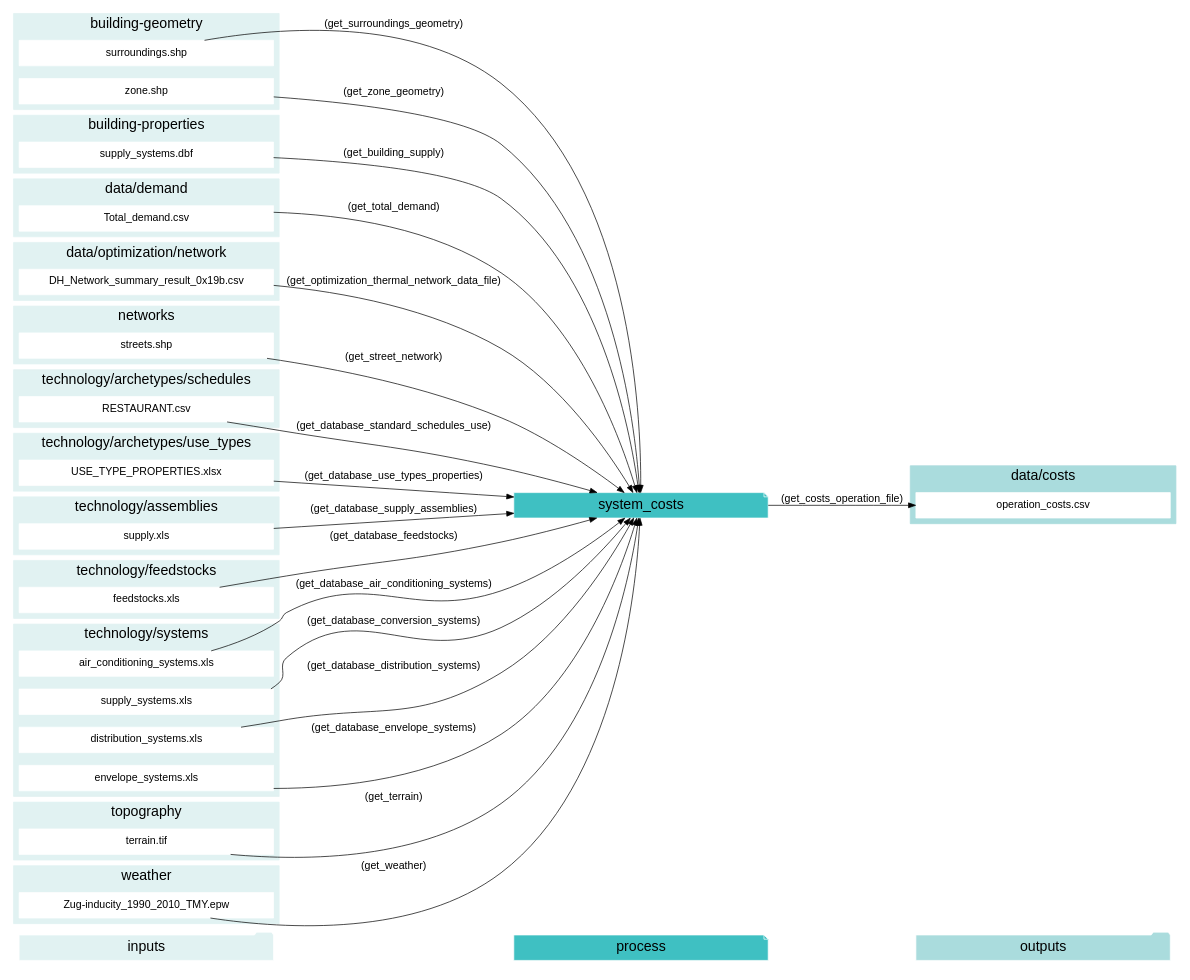
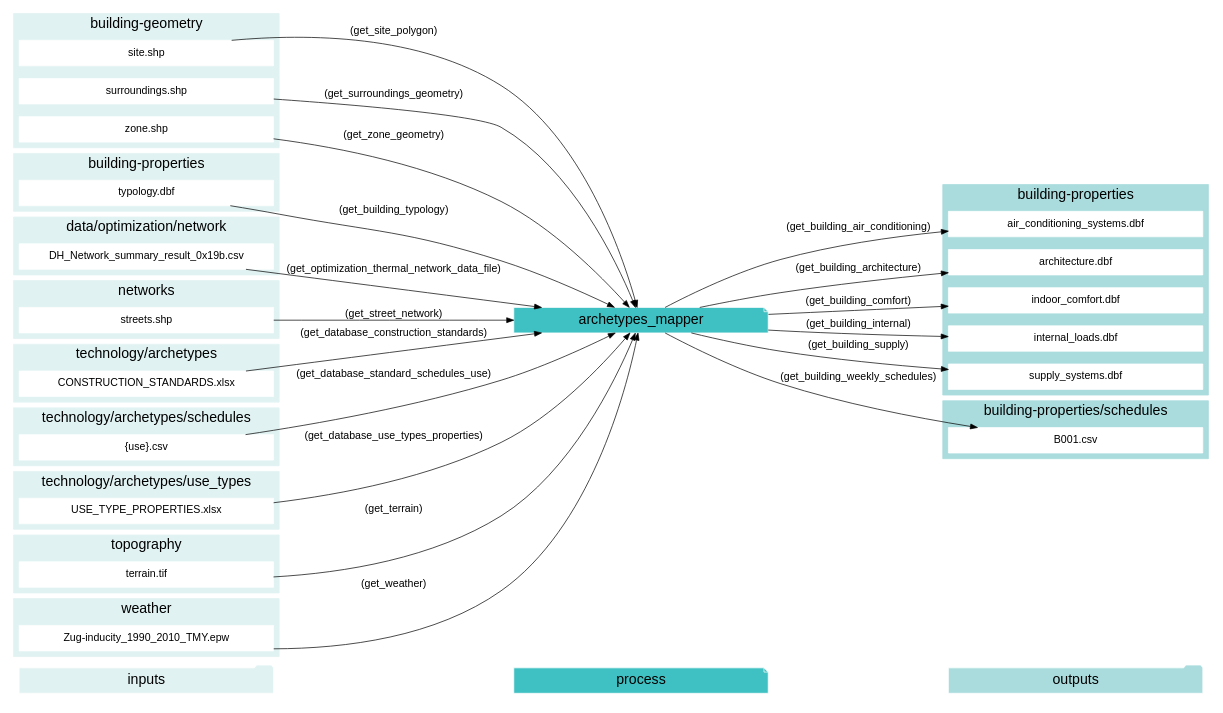
Before and after one commit to architecture-building-systems/CityEnergyAnalyst: the sixth of 23 diagrams in docs/script-data-flow.rst, drawn with Graphviz. The commit also changed other lines of this file and 24 other files, not shown here.

```diff
--- a/docs/script-data-flow.rst
+++ b/docs/script-data-flow.rst
@@ -639,13 +538,14 @@
     "inputs"->"process"[style=invis]
     "process"->"outputs"[style=invis]
     }
-    "system_costs"[style=filled, color=white, fillcolor="#3FC0C2", shape=note, fontsize=20, fontname=arial];
+    "archetypes_mapper"[style=filled, color=white, fillcolor="#3FC0C2", shape=note, fontsize=20, fontname=arial];
     subgraph cluster_0_in {
         style = filled;
         color = "#E1F2F2";
         fontsize = 20;
         rank=same;
         label="building-geometry";
+        "site.shp"
         "surroundings.shp"
         "zone.shp"
     }
@@ -655,6 +555,18 @@
         fontsize = 20;
         rank=same;
         label="building-properties";
+        "typology.dbf"
+    }
+    subgraph cluster_1_out {
+        style = filled;
+        color = "#aadcdd";
+        fontsize = 20;
+        rank=same;
+        label="building-properties";
+        "air_conditioning_systems.dbf"
+        "architecture.dbf"
+        "indoor_comfort.dbf"
+        "internal_loads.dbf"
         "supply_systems.dbf"
     }
     subgraph cluster_2_out {
@@ -662,18 +574,10 @@
         color = "#aadcdd";
         fontsize = 20;
         rank=same;
-        label="data/costs";
-        "operation_costs.csv"
+        label="building-properties/schedules";
+        "B001.csv"
     }
     subgraph cluster_3_in {
-        style = filled;
-        color = "#E1F2F2";
-        fontsize = 20;
-        rank=same;
-        label="data/demand";
-        "Total_demand.csv"
-    }
-    subgraph cluster_4_in {
         style = filled;
         color = "#E1F2F2";
         fontsize = 20;
@@ -681,7 +585,7 @@
         label="data/optimization/network";
         "DH_Network_summary_result_0x19b.csv"
     }
-    subgraph cluster_5_in {
+    subgraph cluster_4_in {
         style = filled;
         color = "#E1F2F2";
         fontsize = 20;
@@ -689,13 +593,21 @@
         label="networks";
         "streets.shp"
     }
+    subgraph cluster_5_in {
+        style = filled;
+        color = "#E1F2F2";
+        fontsize = 20;
+        rank=same;
+        label="technology/archetypes";
+        "CONSTRUCTION_STANDARDS.xlsx"
+    }
     subgraph cluster_6_in {
         style = filled;
         color = "#E1F2F2";
         fontsize = 20;
         rank=same;
         label="technology/archetypes/schedules";
-        "RESTAURANT.csv"
+        "{use}.csv"
     }
     subgraph cluster_7_in {
         style = filled;
@@ -710,37 +622,10 @@
         color = "#E1F2F2";
         fontsize = 20;
         rank=same;
-        label="technology/assemblies";
-        "supply.xls"
-    }
-    subgraph cluster_9_in {
-        style = filled;
-        color = "#E1F2F2";
-        fontsize = 20;
-        rank=same;
-        label="technology/feedstocks";
-        "feedstocks.xls"
-    }
-    subgraph cluster_10_in {
-        style = filled;
-        color = "#E1F2F2";
-        fontsize = 20;
-        rank=same;
-        label="technology/systems";
-        "air_conditioning_systems.xls"
-        "supply_systems.xls"
-        "distribution_systems.xls"
-        "envelope_systems.xls"
-    }
-    subgraph cluster_11_in {
-        style = filled;
-        color = "#E1F2F2";
-        fontsize = 20;
-        rank=same;
         label="topography";
         "terrain.tif"
     }
-    subgraph cluster_12_in {
+    subgraph cluster_9_in {
         style = filled;
         color = "#E1F2F2";
         fontsize = 20;
@@ -748,21 +633,21 @@
         label="weather";
         "Zug-inducity_1990_2010_TMY.epw"
     }
-    "supply_systems.dbf" -> "system_costs"[label="(get_building_supply)"]
-    "air_conditioning_systems.xls" -> "system_costs"[label="(get_database_air_conditioning_systems)"]
-    "supply_systems.xls" -> "system_costs"[label="(get_database_conversion_systems)"]
-    "distribution_systems.xls" -> "system_costs"[label="(get_database_distribution_systems)"]
-    "envelope_systems.xls" -> "system_costs"[label="(get_database_envelope_systems)"]
-    "feedstocks.xls" -> "system_costs"[label="(get_database_feedstocks)"]
-    "RESTAURANT.csv" -> "system_costs"[label="(get_database_standard_schedules_use)"]
-    "supply.xls" -> "system_costs"[label="(get_database_supply_assemblies)"]
-    "USE_TYPE_PROPERTIES.xlsx" -> "system_costs"[label="(get_database_use_types_properties)"]
-    "DH_Network_summary_result_0x19b.csv" -> "system_costs"[label="(get_optimization_thermal_network_data_file)"]
-    "streets.shp" -> "system_costs"[label="(get_street_network)"]
-    "surroundings.shp" -> "system_costs"[label="(get_surroundings_geometry)"]
-    "terrain.tif" -> "system_costs"[label="(get_terrain)"]
-    "Total_demand.csv" -> "system_costs"[label="(get_total_demand)"]
-    "Zug-inducity_1990_2010_TMY.epw" -> "system_costs"[label="(get_weather)"]
-    "zone.shp" -> "system_costs"[label="(get_zone_geometry)"]
-    "system_costs" -> "operation_costs.csv"[label="(get_costs_operation_file)"]
+    "typology.dbf" -> "archetypes_mapper"[label="(get_building_typology)"]
+    "CONSTRUCTION_STANDARDS.xlsx" -> "archetypes_mapper"[label="(get_database_construction_standards)"]
+    "{use}.csv" -> "archetypes_mapper"[label="(get_database_standard_schedules_use)"]
+    "USE_TYPE_PROPERTIES.xlsx" -> "archetypes_mapper"[label="(get_database_use_types_properties)"]
+    "DH_Network_summary_result_0x19b.csv" -> "archetypes_mapper"[label="(get_optimization_thermal_network_data_file)"]
+    "site.shp" -> "archetypes_mapper"[label="(get_site_polygon)"]
+    "streets.shp" -> "archetypes_mapper"[label="(get_street_network)"]
+    "surroundings.shp" -> "archetypes_mapper"[label="(get_surroundings_geometry)"]
+    "terrain.tif" -> "archetypes_mapper"[label="(get_terrain)"]
+    "Zug-inducity_1990_2010_TMY.epw" -> "archetypes_mapper"[label="(get_weather)"]
+    "zone.shp" -> "archetypes_mapper"[label="(get_zone_geometry)"]
+    "archetypes_mapper" -> "air_conditioning_systems.dbf"[label="(get_building_air_conditioning)"]
+    "archetypes_mapper" -> "architecture.dbf"[label="(get_building_architecture)"]
+    "archetypes_mapper" -> "indoor_comfort.dbf"[label="(get_building_comfort)"]
+    "archetypes_mapper" -> "internal_loads.dbf"[label="(get_building_internal)"]
+    "archetypes_mapper" -> "supply_systems.dbf"[label="(get_building_supply)"]
+    "archetypes_mapper" -> "B001.csv"[label="(get_building_weekly_schedules)"]
     }
```
